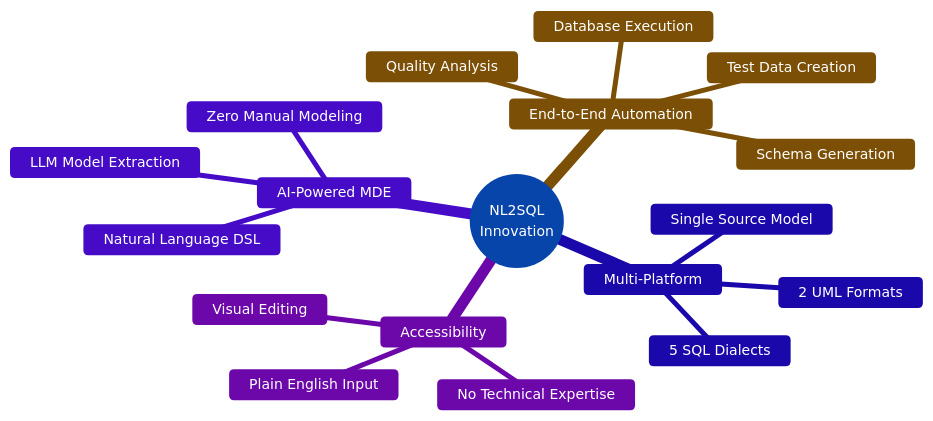
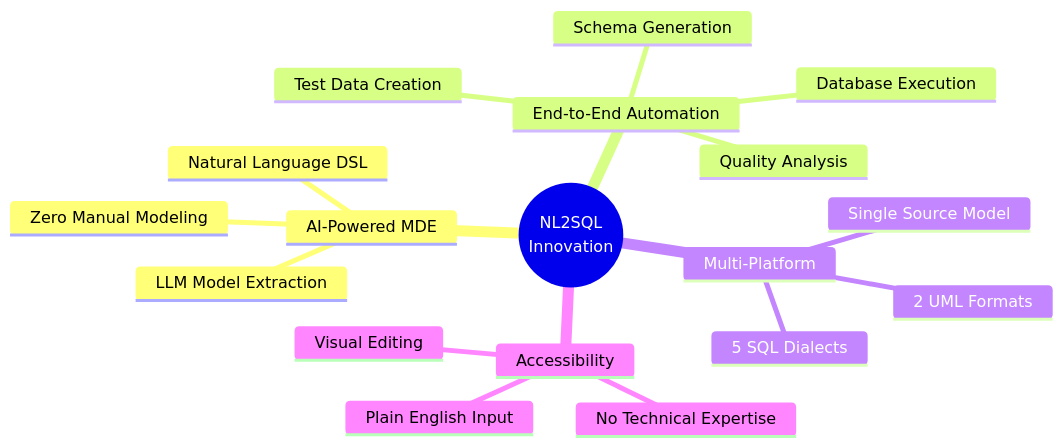
One commit to yousef-elgarch1/NL2SQL-Designer- changed the second of 10 diagrams in README.md. Above: the diagram before and after it, drawn with Mermaid. The commit also changed other lines of this file, not shown here.

````diff
--- a/README.md
+++ b/README.md
@@ -251,22 +251,22 @@
 ```mermaid
-%%{init: {'theme':'base', 'themeVariables': { 'primaryColor':'#3b82f6','primaryTextColor':'#fff','primaryBorderColor':'#2563eb','lineColor':'#10b981','secondaryColor':'#8b5cf6','tertiaryColor':'#f59e0b','background':'#1f2937','mainBkg':'#374151','secondBkg':'#4b5563','textColor':'#f3f4f6','fontSize':'14px','fontFamily':'Arial'}}}%%
+
 mindmap
   root((NL2SQL<br/>Innovation))
     AI-Powered MDE
       LLM Model Extraction
       Zero Manual Modeling
       Natural Language DSL
     End-to-End Automation
       Schema Generation
       Database Execution
       Quality Analysis
       Test Data Creation
     Multi-Platform
       5 SQL Dialects
       2 UML Formats
       Single Source Model
     Accessibility
       No Technical Expertise
       Plain English Input
       Visual Editing
 ```
````
